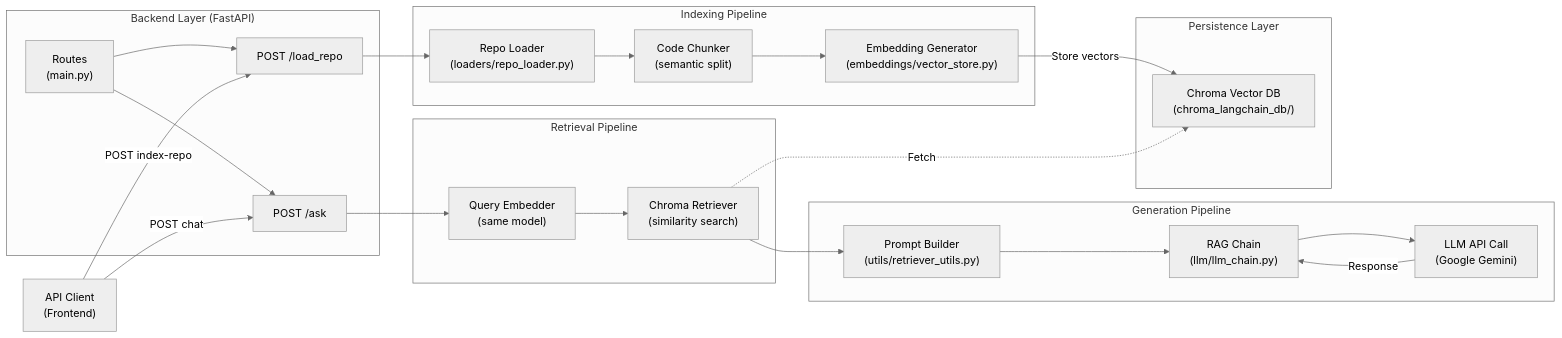
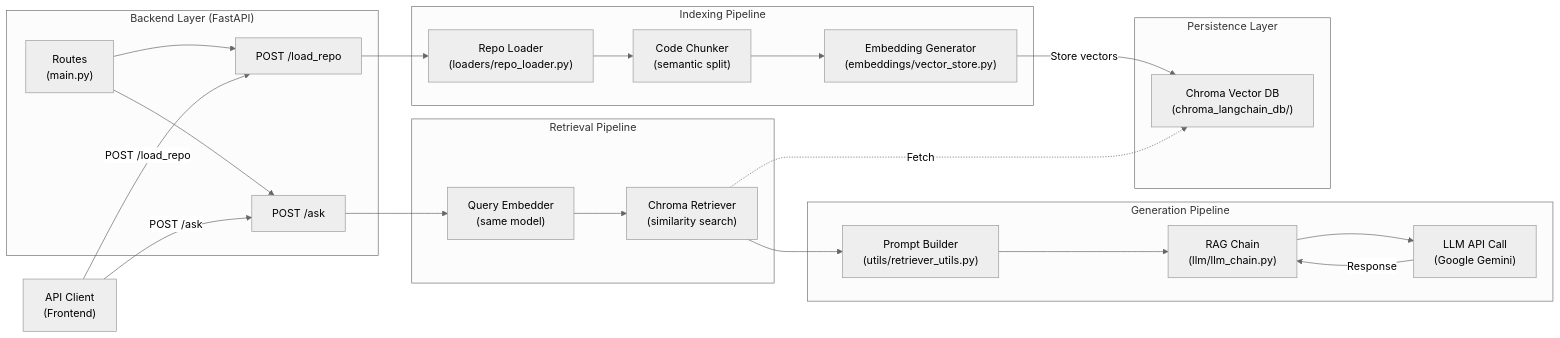
One commit to amineelgardoum-rgb/github_assistant changed the third of 6 diagrams in ARCHITECTURE.md. Above: the diagram before and after it, drawn with Mermaid (neutral theme).

Commit message:
Changes to be committed: 	modified:   ARCHITECTURE.md

````diff
--- a/ARCHITECTURE.md
+++ b/ARCHITECTURE.md
@@ -67,50 +67,50 @@
 ```mermaid
 graph LR
 
 APIClient["API Client<br/>(Frontend)"]
 
 subgraph Backend["Backend Layer (FastAPI)"]
     Routes["Routes<br/>(main.py)"]
     IndexEndpoint["POST /load_repo"]
     ChatEndpoint["POST /ask"]
     Routes --> IndexEndpoint
     Routes --> ChatEndpoint
 end
 
 subgraph Indexing["Indexing Pipeline"]
     RepoLoader["Repo Loader<br/>(loaders/repo_loader.py)"]
     CodeChunker["Code Chunker<br/>(semantic split)"]
     EmbedGen["Embedding Generator<br/>(embeddings/vector_store.py)"]
     RepoLoader --> CodeChunker
     CodeChunker --> EmbedGen
 end
 
 subgraph Retrieval["Retrieval Pipeline"]
     QueryEmbed["Query Embedder<br/>(same model)"]
     ChromaRetriever["Chroma Retriever<br/>(similarity search)"]
     QueryEmbed --> ChromaRetriever
 end
 
 subgraph Generation["Generation Pipeline"]
     PromptBuilder["Prompt Builder<br/>(utils/retriever_utils.py)"]
     RAGChain["RAG Chain<br/>(llm/llm_chain.py)"]
     LLMCall["LLM API Call<br/>(Google Gemini)"]
     PromptBuilder --> RAGChain
     RAGChain --> LLMCall
 end
 
 subgraph Persistence["Persistence Layer"]
     ChromaDB["Chroma Vector DB<br/>(chroma_langchain_db/)"]
 end
 
-APIClient -->|"POST index-repo"| IndexEndpoint
+APIClient -->|"POST /load_repo"| IndexEndpoint
 IndexEndpoint --> RepoLoader
 EmbedGen -->|"Store vectors"| ChromaDB
 
-APIClient -->|"POST chat"| ChatEndpoint
+APIClient -->|"POST /ask"| ChatEndpoint
 ChatEndpoint --> QueryEmbed
 ChromaRetriever -.->|"Fetch"| ChromaDB
 ChromaRetriever --> PromptBuilder
 LLMCall -->|"Response"| RAGChain
 
 ```
````
